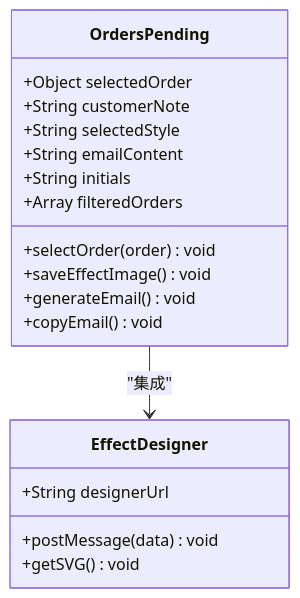
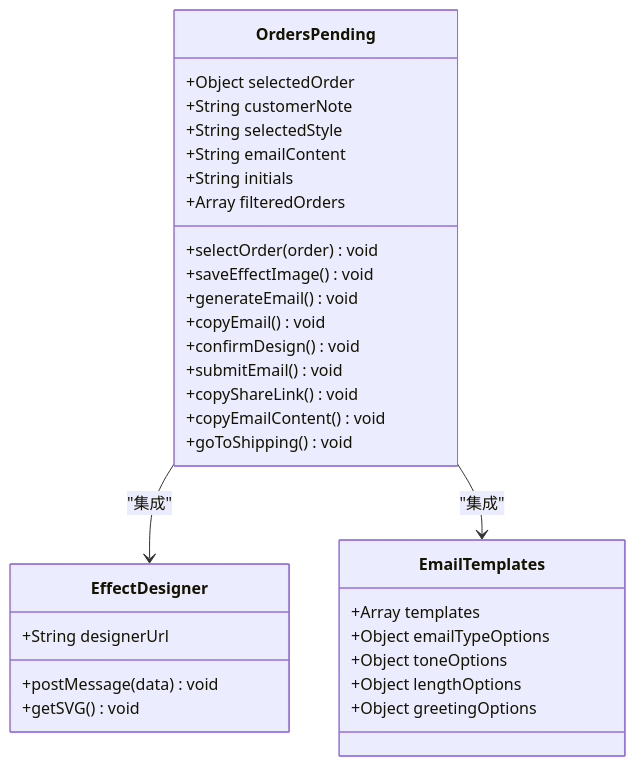
The tenth of 22 diagrams in .qoder/repowiki/zh/content/开发指南/Vue组件架构.md (SY6621/POD-Order-Management), drawn with Mermaid before and after one commit. The commit also changed other lines of this file and 20 other files, not shown here.

````diff
--- a/.qoder/repowiki/zh/content/开发指南/Vue组件架构.md
+++ b/.qoder/repowiki/zh/content/开发指南/Vue组件架构.md
@@ -347,21 +352,34 @@
 ```mermaid
 classDiagram
 class OrdersPending {
 +Object selectedOrder
 +String customerNote
 +String selectedStyle
 +String emailContent
 +String initials
 +Array filteredOrders
 +selectOrder(order) void
 +saveEffectImage() void
 +generateEmail() void
 +copyEmail() void
++confirmDesign() void
++submitEmail() void
++copyShareLink() void
++copyEmailContent() void
++goToShipping() void
 }
 class EffectDesigner {
 +String designerUrl
 +postMessage(data) void
 +getSVG() void
 }
+class EmailTemplates {
++Array templates
++Object emailTypeOptions
++Object toneOptions
++Object lengthOptions
++Object greetingOptions
+}
 OrdersPending --> EffectDesigner : "集成"
+OrdersPending --> EmailTemplates : "集成"
 ```
````
